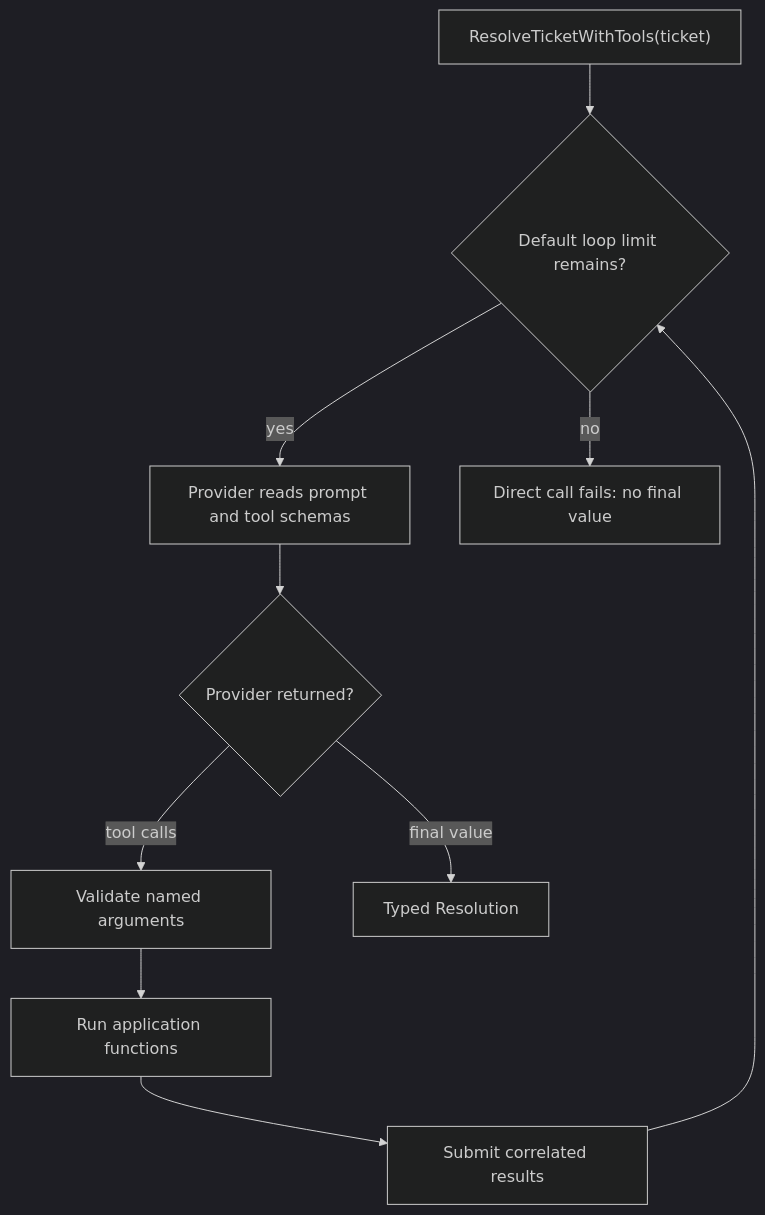
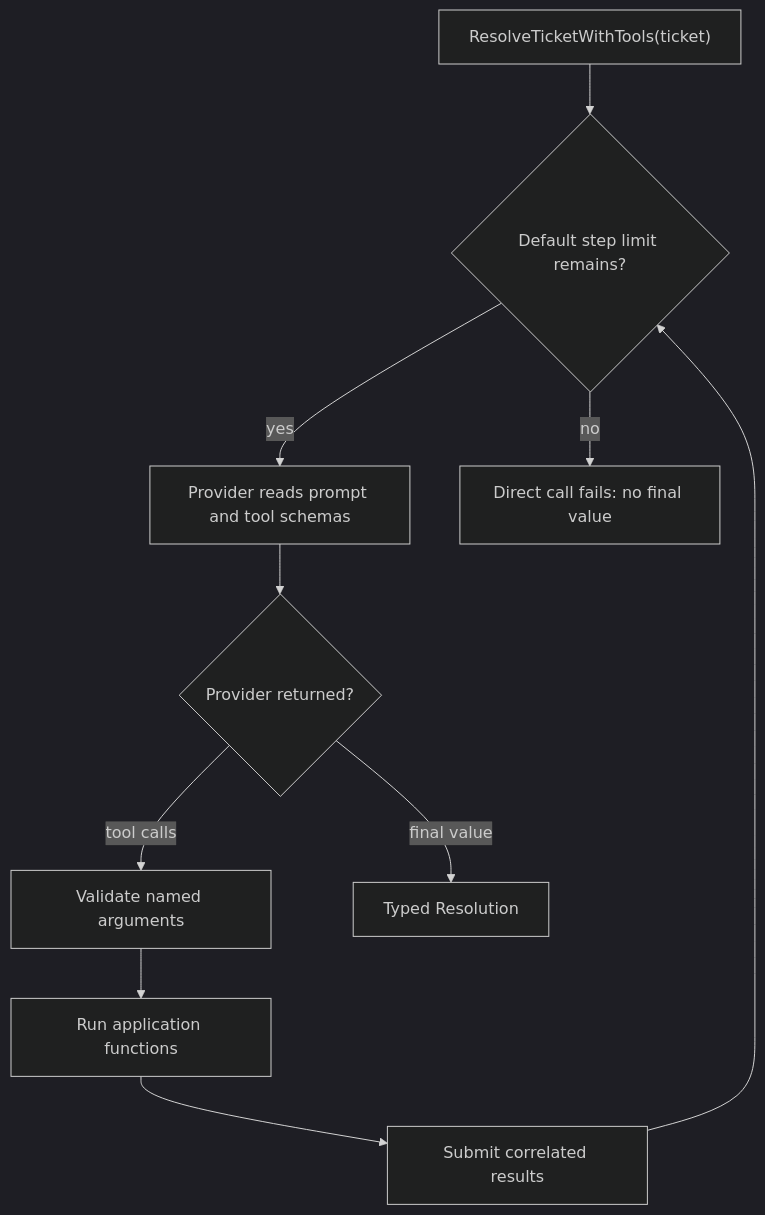
One commit to BoundaryML/baml changed the first of 2 diagrams in baml_language/_plan/bepv4/pages/agents-and-tools.md. Above: the diagram before and after it, drawn with Mermaid (dark theme). The commit also changed other lines of this file and 169 other files, not shown here.

````diff
--- a/baml_language/_plan/bepv4/pages/agents-and-tools.md
+++ b/baml_language/_plan/bepv4/pages/agents-and-tools.md
@@ -66,12 +66,12 @@
 ```mermaid
 flowchart TD
-  call["ResolveTicketWithTools(ticket)"] --> budget{"Default loop limit remains?"}
-  budget -->|yes| model["Provider reads prompt and tool schemas"]
+  call["ResolveTicketWithTools(ticket)"] --> limit{"Default step limit remains?"}
+  limit -->|yes| model["Provider reads prompt and tool schemas"]
   model --> result{"Provider returned?"}
   result -->|tool calls| validate["Validate named arguments"]
   validate --> tool["Run application functions"]
   tool --> submit["Submit correlated results"]
-  submit --> budget
+  submit --> limit
   result -->|final value| done["Typed Resolution"]
-  budget -->|no| error["Direct call fails: no final value"]
+  limit -->|no| error["Direct call fails: no final value"]
 ```
````
